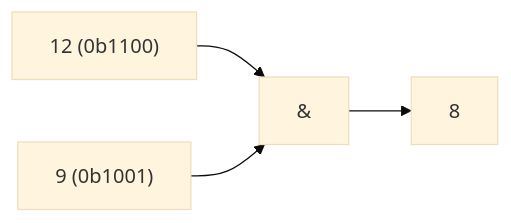
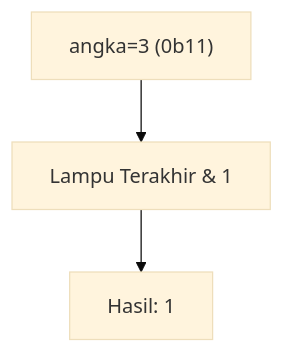
One commit to amnahwaida/OSNK_INF_PREP changed diagram 15 of 25 in part-c-pemahaman-cpp/06-bitwise/latihan/set-03.md. Above: the diagram before and after it, drawn with Mermaid (base theme). The commit also changed other lines of this file and 71 other files, not shown here.

````diff
--- a/part-c-pemahaman-cpp/06-bitwise/latihan/set-03.md
+++ b/part-c-pemahaman-cpp/06-bitwise/latihan/set-03.md
@@ -392,6 +400,5 @@
 ```mermaid
-graph LR
-A["12 (0b1100)"] --> C["&"]
-B["9 (0b1001)"] --> C
-C --> D["8"]
+graph TD
+A["angka=3 (0b11)"] --> B["Lampu Terakhir & 1"]
+B --> C["Hasil: 1"]
 ```
````
